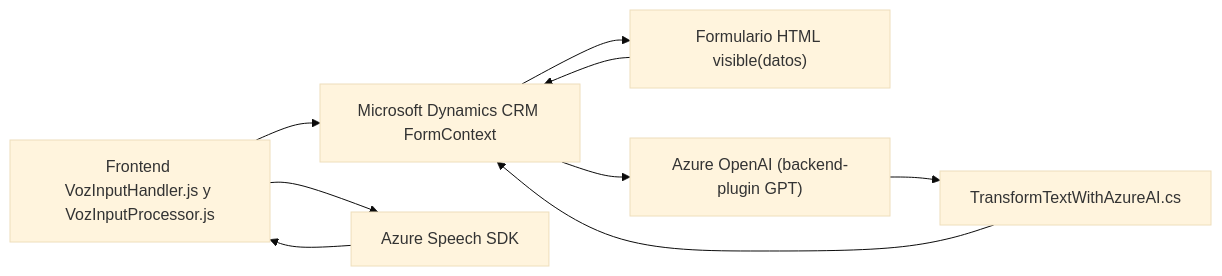
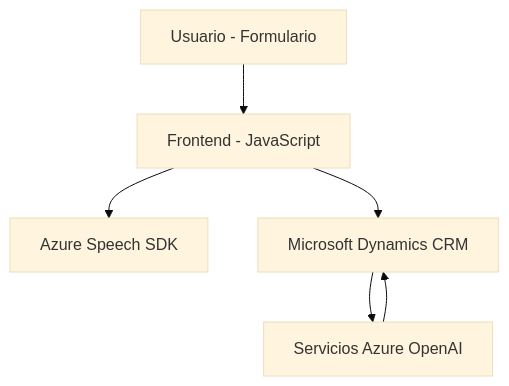
Before and after one commit to blopezdm/NETCORE_BILBAO2025: the diagram in README.md, drawn with Mermaid (base theme). The commit also changed other lines of this file, not shown here.

````diff
--- a/README.md
+++ b/README.md
@@ -55,18 +42,14 @@
 ```mermaid
-graph LR
-    A["Frontend VozInputHandler.js y VozInputProcessor.js"]
-    B["Microsoft Dynamics CRM FormContext"]
+graph TD
+    A["Usuario - Formulario"]
+    B["Frontend - JavaScript"]
     C["Azure Speech SDK"]
-    D["Formulario HTML visible(datos)"]
-    E["Azure OpenAI (backend-plugin GPT)"]
-    F["TransformTextWithAzureAI.cs"]
+    D["Servicios Azure OpenAI"]
+    E["Microsoft Dynamics CRM"]
 
     A --> B
-    A --> C
-    B --> D
+    B --> C
     B --> E
-    C --> A
-    E --> F
-    F --> B
-    D --> B
+    E --> D
+    D --> E
 ```
````
